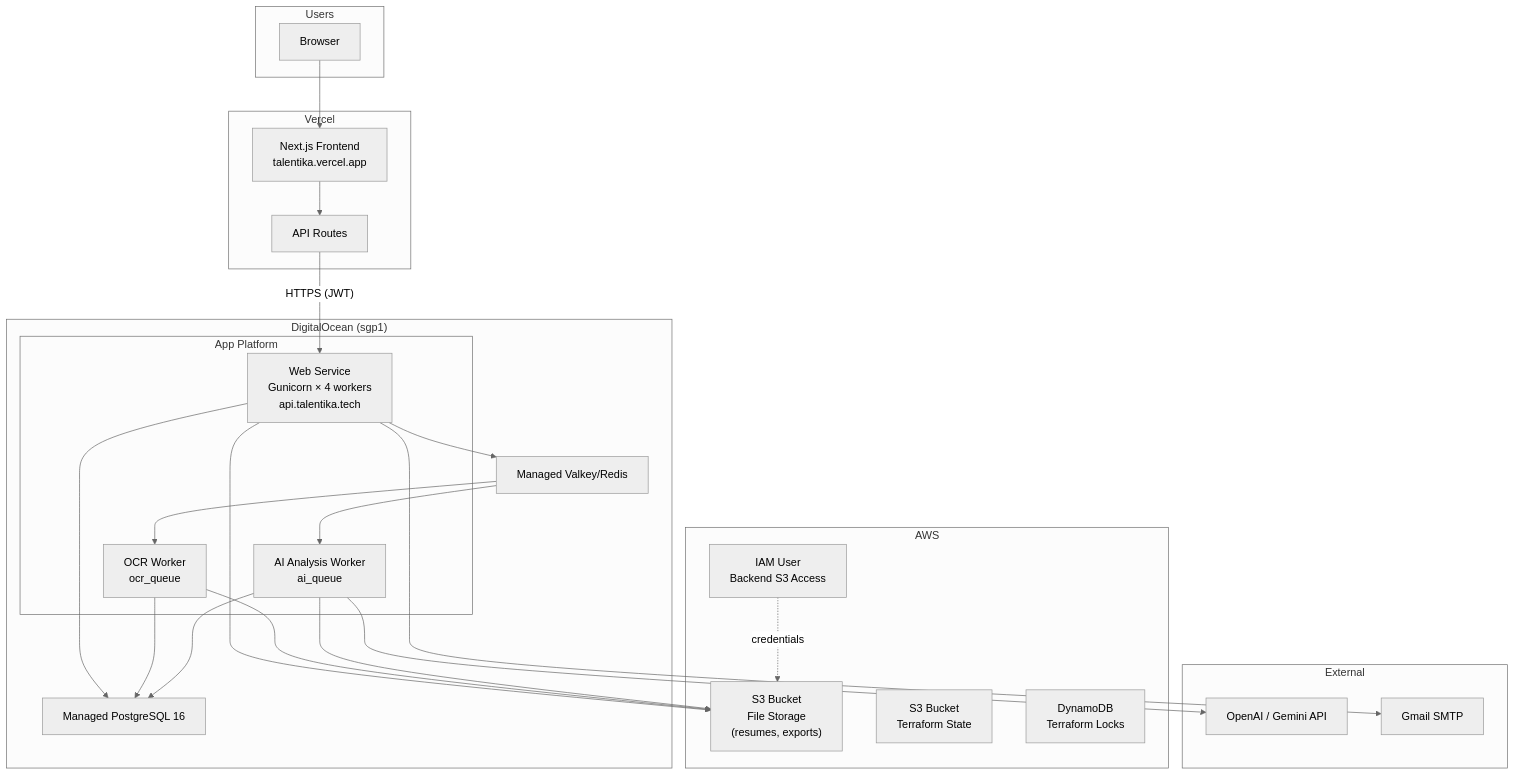
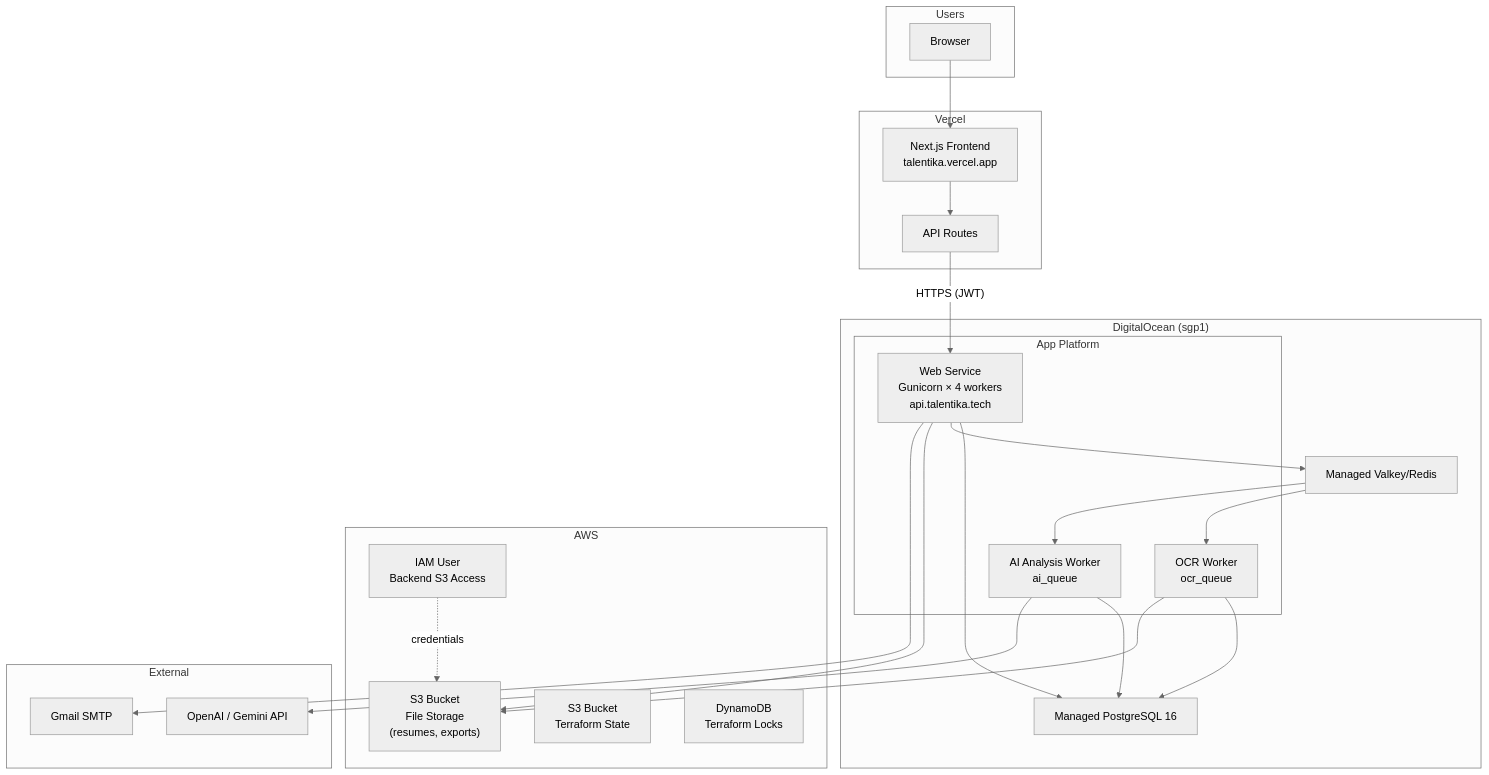
The second of 4 diagrams in documentation/system-architecture.md (roiceee/talentika), drawn with Mermaid (neutral theme) before and after one commit. The commit also changed other lines of this file, not shown here.

Commit message:
feat: update system architecture documentation to clarify AWS components and API routes

````diff
--- a/documentation/system-architecture.md
+++ b/documentation/system-architecture.md
@@ -51,50 +58,49 @@
 ```mermaid
 graph TB
     subgraph Users
         Browser["Browser"]
     end
 
     subgraph Vercel
         NextJS["Next.js Frontend<br/>talentika.vercel.app"]
-        BFF["API Routes"]
-        NextJS --> BFF
+        APIRoutes["API Routes"]
+        NextJS --> APIRoutes
     end
 
     subgraph DigitalOcean["DigitalOcean (sgp1)"]
         subgraph AppPlatform["App Platform"]
             Gunicorn["Web Service<br/>Gunicorn × 4 workers<br/>api.talentika.tech"]
             OCRWorker["OCR Worker<br/>ocr_queue"]
             AIWorker["AI Analysis Worker<br/>ai_queue"]
         end
 
         ManagedPostgres["Managed PostgreSQL 16"]
         ManagedRedis["Managed Valkey/Redis"]
     end
 
     subgraph AWS
         S3["S3 Bucket<br/>File Storage<br/>(resumes, exports)"]
         IAM["IAM User<br/>Backend S3 Access"]
         S3State["S3 Bucket<br/>Terraform State"]
         DynamoDB["DynamoDB<br/>Terraform Locks"]
     end
 
     subgraph External
         OpenAI["OpenAI / Gemini API"]
         SMTP["Gmail SMTP"]
     end
 
     Browser --> NextJS
-    BFF -- "HTTPS (JWT)" --> Gunicorn
+    APIRoutes -- "HTTPS (JWT)" --> Gunicorn
     Gunicorn --> ManagedPostgres
     Gunicorn --> ManagedRedis
     ManagedRedis --> OCRWorker
     ManagedRedis --> AIWorker
     OCRWorker --> ManagedPostgres
     AIWorker --> ManagedPostgres
     AIWorker --> OpenAI
     Gunicorn --> S3
     OCRWorker --> S3
-    AIWorker --> S3
     IAM -.->|credentials| S3
     Gunicorn --> SMTP
 ```
````
